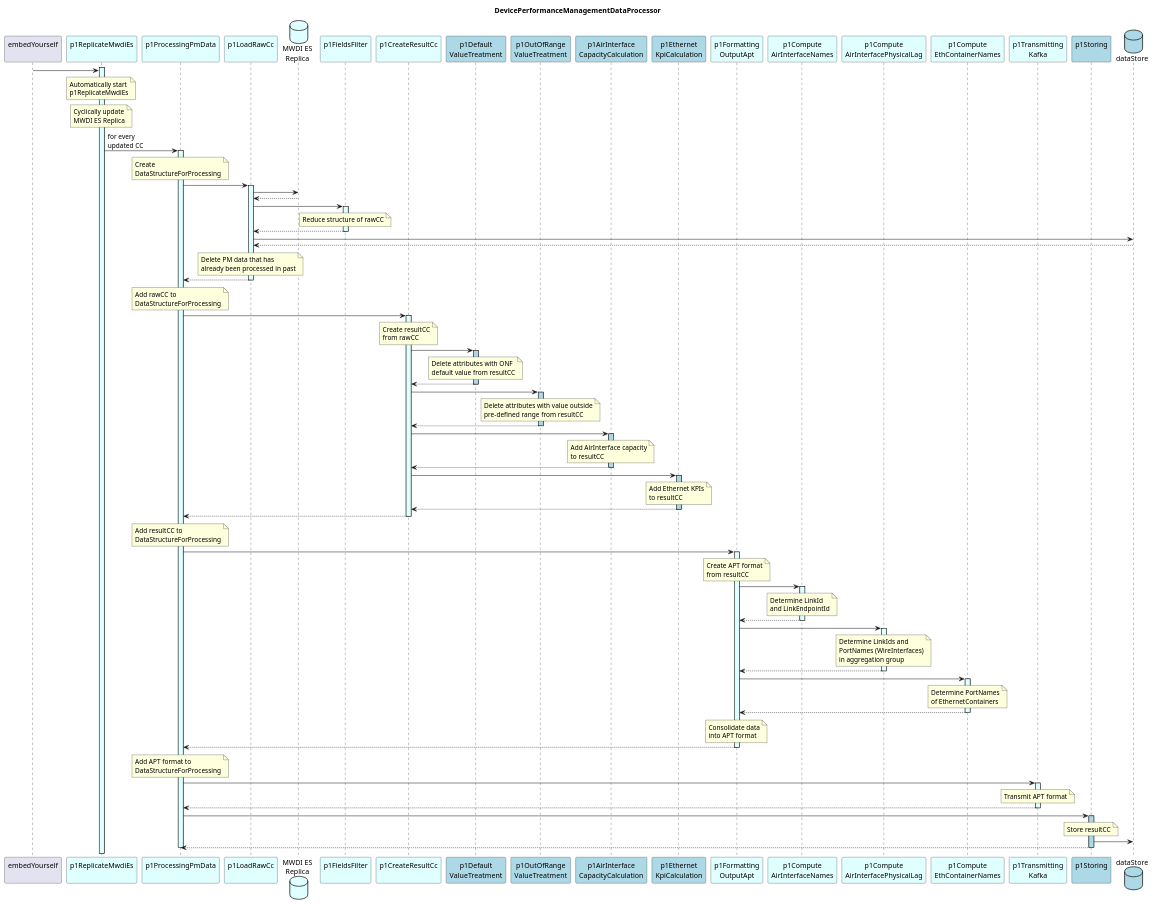
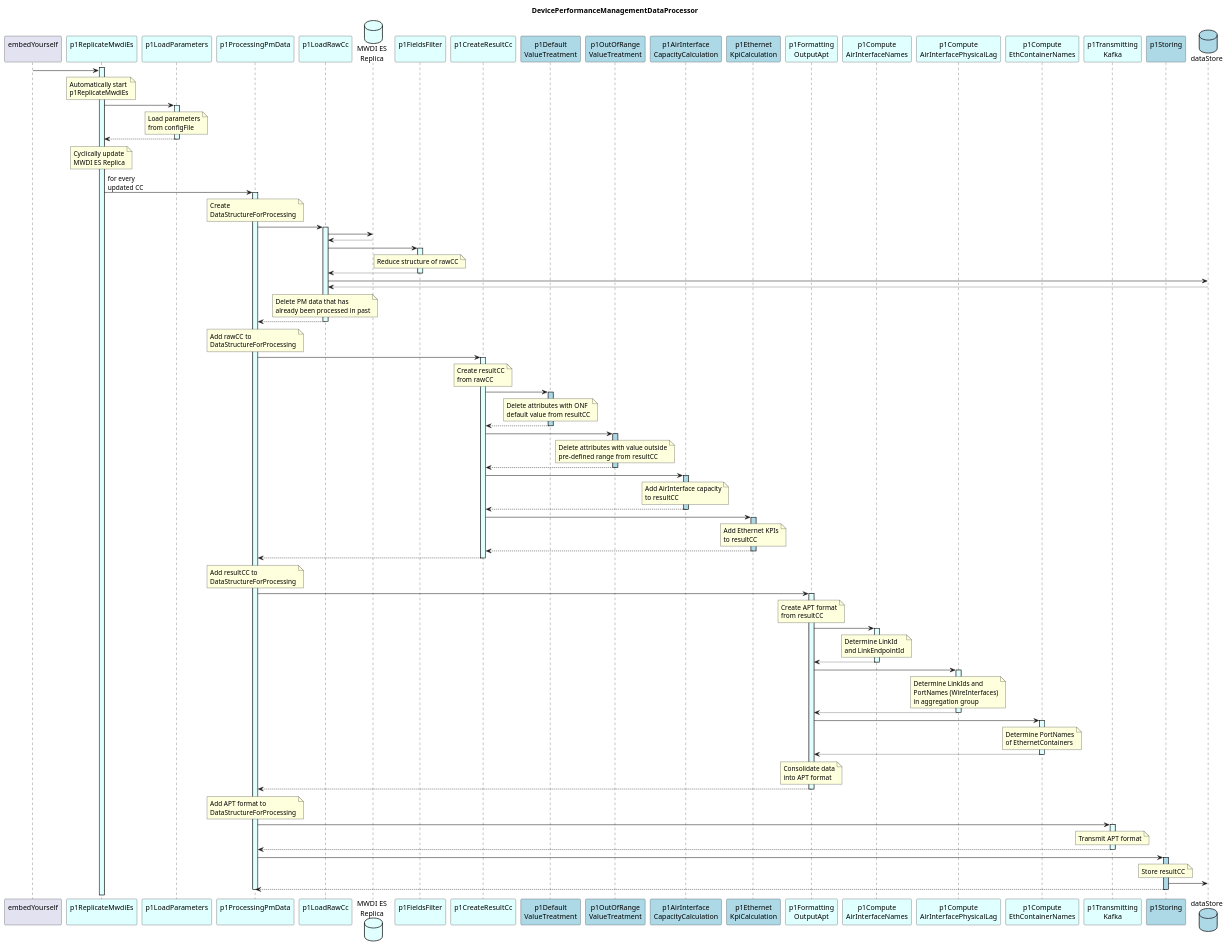
Before and after one commit to openBackhaul/DevicePerformanceManagementDataProcessor: the diagram in spec/diagrams/hl_sequence.plantuml, drawn with PlantUML. The commit also changed 7 other files, not shown here.

Commit message:
Add FunctionProfile and p1LoadParameters

```diff
--- a/spec/diagrams/hl_sequence.plantuml
+++ b/spec/diagrams/hl_sequence.plantuml
@@ -7,6 +7,7 @@
 
 participant "embedYourself\n" as embed
 participant "p1ReplicateMwdiEs\n" as p1RMWDI #LightCyan
+participant "p1LoadParameters\n" as p1LP #LightCyan
 
 participant "p1ProcessingPmData\n" as p1ProOrch #LightCyan
 
@@ -40,6 +41,17 @@
   Automatically start
   p1ReplicateMwdiEs
 end note
+
+p1RMWDI -> p1LP
+activate p1LP #LightCyan
+
+  note over p1LP
+    Load parameters
+    from configFile
+  end note
+
+p1RMWDI <-- p1LP
+deactivate p1LP
 
 note over p1RMWDI
   Cyclically update
```
